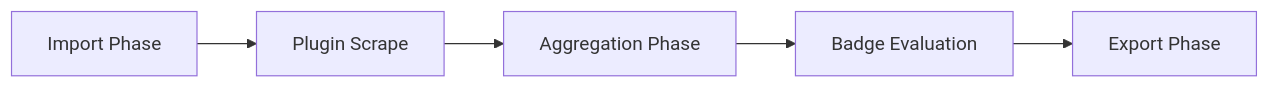
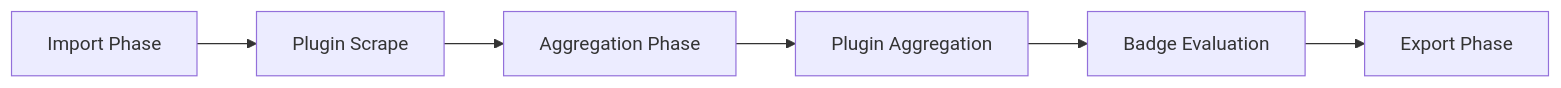
The diagram in docs/aggregates.mdx (ohcnetwork/leaderboard), drawn with Mermaid before and after one commit. The commit also changed other lines of this file and 38 other files, not shown here.

````diff
--- a/docs/aggregates.mdx
+++ b/docs/aggregates.mdx
@@ -300,7 +356,8 @@
 ```mermaid
 graph LR
     Import[Import Phase] --> Scrape[Plugin Scrape]
     Scrape --> Aggregate[Aggregation Phase]
-    Aggregate --> Badges[Badge Evaluation]
+    Aggregate --> PluginAgg[Plugin Aggregation]
+    PluginAgg --> Badges[Badge Evaluation]
     Badges --> Export[Export Phase]
 ```
````
